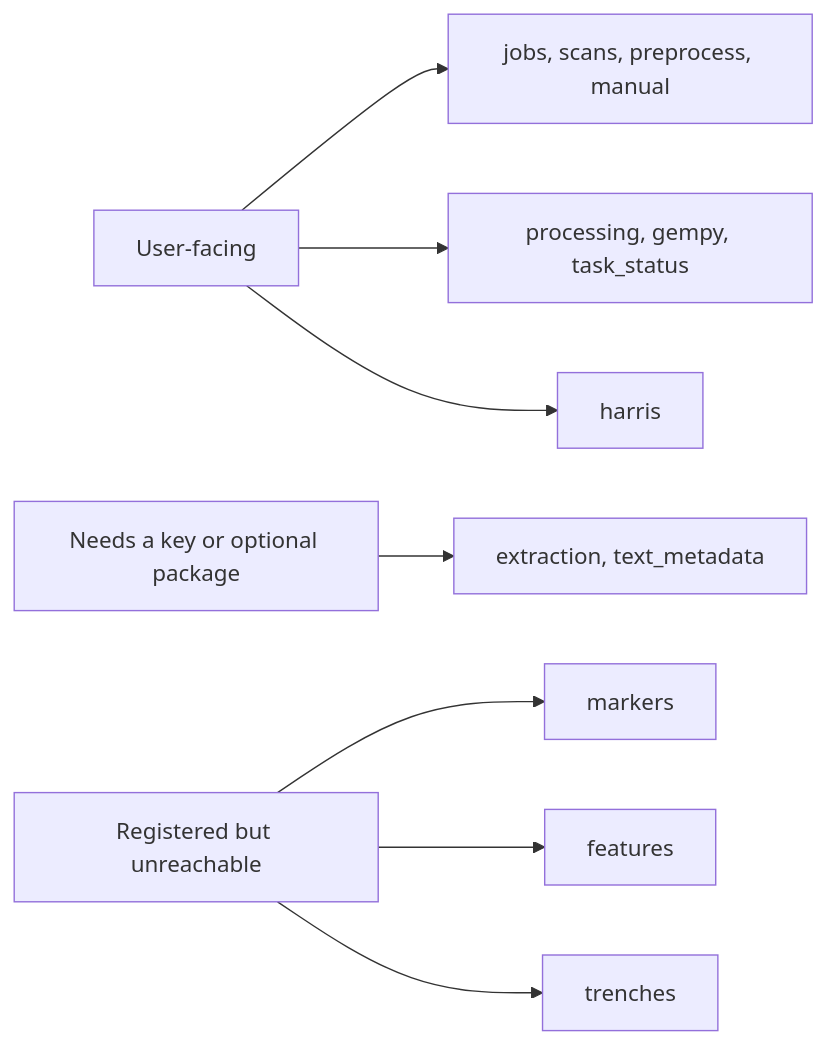
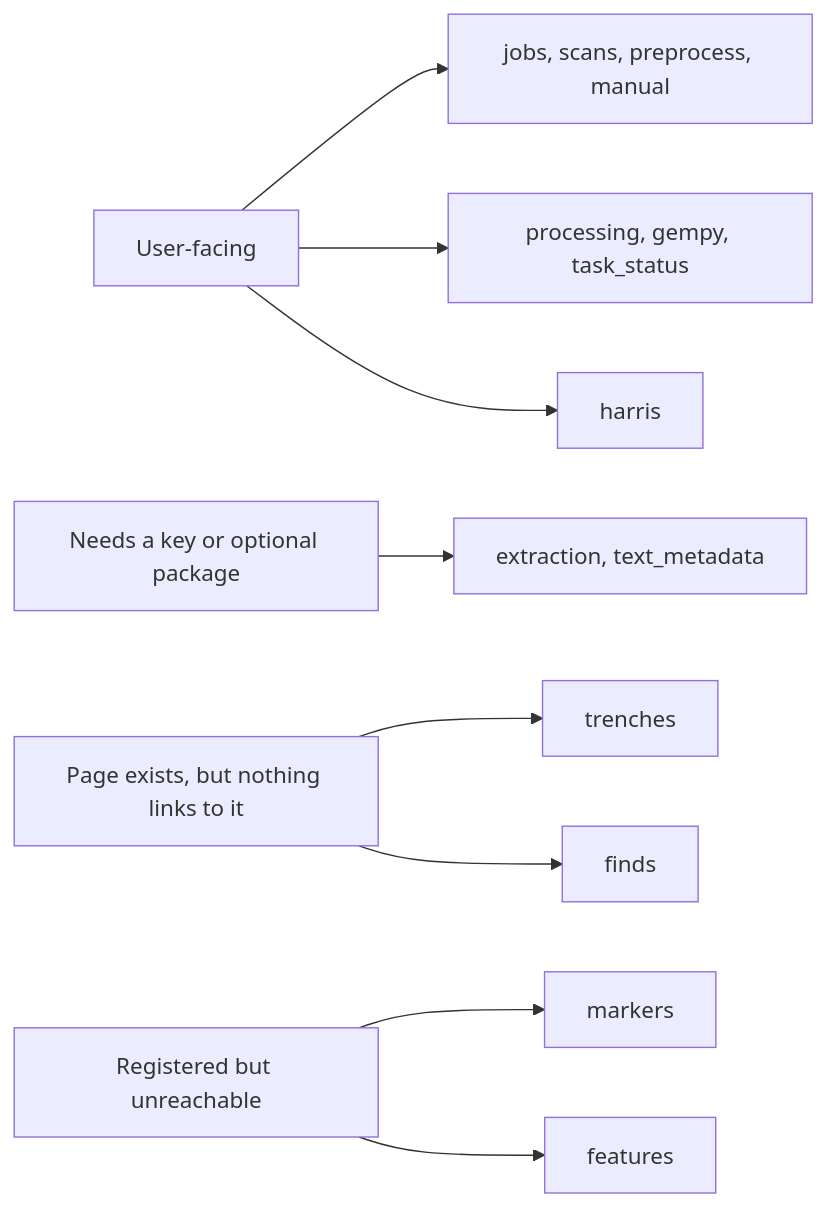
The diagram in docs/reference/api-routes.md (jennarbates/StratigraphyGenerator), drawn with Mermaid before and after one commit. The commit also changed other lines of this file and 15 other files, not shown here.

````diff
--- a/docs/reference/api-routes.md
+++ b/docs/reference/api-routes.md
@@ -26,10 +29,11 @@
 ```mermaid
 flowchart LR
   U[User-facing] --> U1[jobs, scans, preprocess, manual]
   U --> U2[processing, gempy, task_status]
   U --> U3[harris]
   E[Needs a key or optional package] --> E1[extraction, text_metadata]
+  P[Page exists, but nothing links to it] --> P1[trenches]
+  P --> P2[finds]
   B[Registered but unreachable] --> B1[markers]
   B --> B2[features]
-  B --> B3[trenches]
 ```
````
